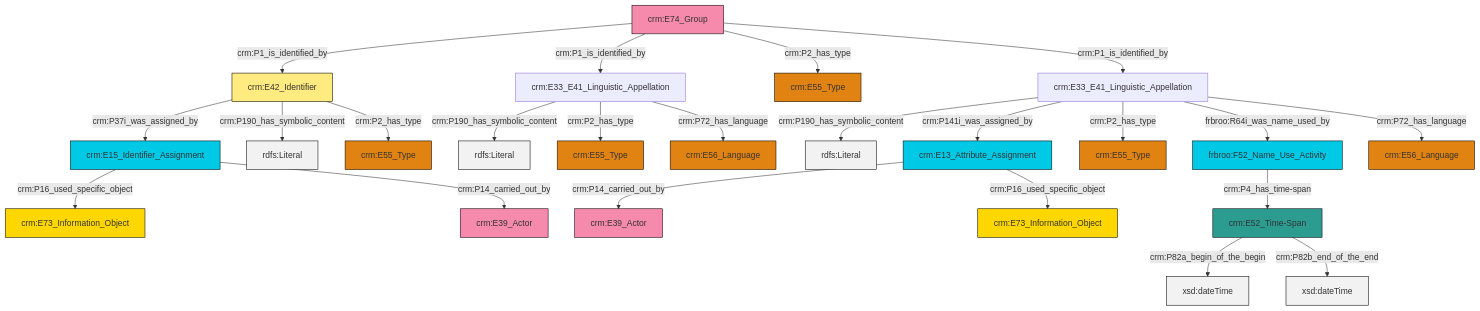
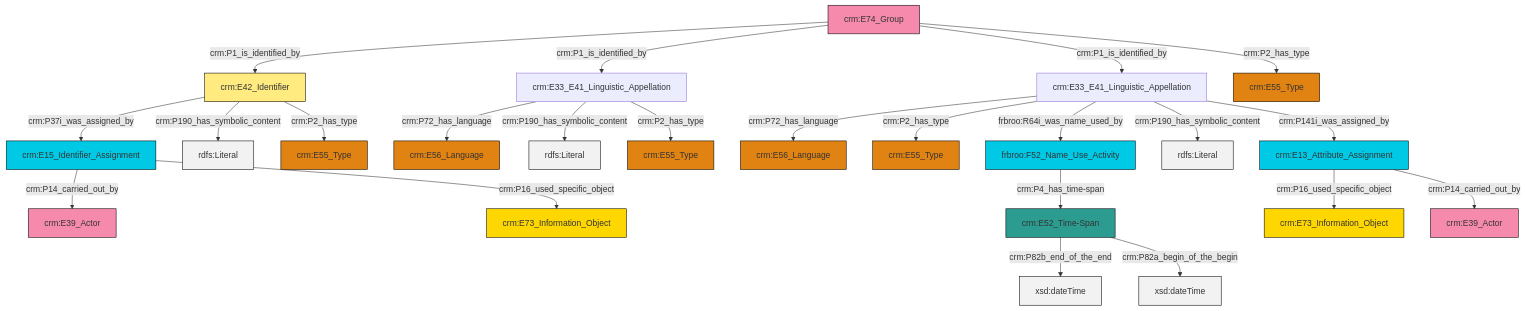
One commit to swiss-art-research-net/reference-data-models changed the diagram in et/groupCSV/ttl/mmd/group_name.ttl.mmd. Above: the diagram before and after it, drawn with Mermaid. The commit also changed 121 other files, not shown here.

```diff
--- a/et/groupCSV/ttl/mmd/group_name.ttl.mmd
+++ b/et/groupCSV/ttl/mmd/group_name.ttl.mmd
@@ -1,37 +1,37 @@
 graph TD
 classDef Literal fill:#f2f2f2,stroke:#000000;
 classDef CRM_Entity fill:#FFFFFF,stroke:#000000;
 classDef Temporal_Entity fill:#00C9E6, stroke:#000000;
 classDef Type fill:#E18312, stroke:#000000;
 classDef Time-Span fill:#2C9C91, stroke:#000000;
 classDef Appellation fill:#FFEB7F, stroke:#000000;
 classDef Place fill:#008836, stroke:#000000;
 classDef Persistent_Item fill:#B266B2, stroke:#000000;
 classDef Conceptual_Object fill:#FFD700, stroke:#000000;
 classDef Physical_Thing fill:#D2B48C, stroke:#000000;
 classDef Actor fill:#f58aad, stroke:#000000;
 classDef PC_Classes fill:#4ce600, stroke:#000000;
 classDef Multi fill:#cccccc,stroke:#000000;
 
+0["crm:E33_E41_Linguistic_Appellation"]:::Default -->|crm:P72_has_language| 1["crm:E56_Language"]:::Type
 2["crm:E74_Group"]:::Actor -->|crm:P1_is_identified_by| 3["crm:E42_Identifier"]:::Appellation
-3["crm:E42_Identifier"]:::Appellation -->|crm:P37i_was_assigned_by| 6["crm:E15_Identifier_Assignment"]:::Temporal_Entity
-7["crm:E33_E41_Linguistic_Appellation"]:::Default -->|crm:P190_has_symbolic_content| 8[rdfs:Literal]:::Literal
-2["crm:E74_Group"]:::Actor -->|crm:P1_is_identified_by| 11["crm:E33_E41_Linguistic_Appellation"]:::Default
-15["crm:E13_Attribute_Assignment"]:::Temporal_Entity -->|crm:P14_carried_out_by| 16["crm:E39_Actor"]:::Actor
-6["crm:E15_Identifier_Assignment"]:::Temporal_Entity -->|crm:P16_used_specific_object| 0["crm:E73_Information_Object"]:::Conceptual_Object
-15["crm:E13_Attribute_Assignment"]:::Temporal_Entity -->|crm:P16_used_specific_object| 17["crm:E73_Information_Object"]:::Conceptual_Object
-2["crm:E74_Group"]:::Actor -->|crm:P2_has_type| 18["crm:E55_Type"]:::Type
-13["frbroo:F52_Name_Use_Activity"]:::Temporal_Entity -->|crm:P4_has_time-span| 4["crm:E52_Time-Span"]:::Time-Span
-7["crm:E33_E41_Linguistic_Appellation"]:::Default -->|crm:P141i_was_assigned_by| 15["crm:E13_Attribute_Assignment"]:::Temporal_Entity
-3["crm:E42_Identifier"]:::Appellation -->|crm:P190_has_symbolic_content| 23[rdfs:Literal]:::Literal
-11["crm:E33_E41_Linguistic_Appellation"]:::Default -->|crm:P190_has_symbolic_content| 25[rdfs:Literal]:::Literal
-7["crm:E33_E41_Linguistic_Appellation"]:::Default -->|crm:P2_has_type| 19["crm:E55_Type"]:::Type
-4["crm:E52_Time-Span"]:::Time-Span -->|crm:P82a_begin_of_the_begin| 31[xsd:dateTime]:::Literal
-7["crm:E33_E41_Linguistic_Appellation"]:::Default -->|frbroo:R64i_was_name_used_by| 13["frbroo:F52_Name_Use_Activity"]:::Temporal_Entity
-11["crm:E33_E41_Linguistic_Appellation"]:::Default -->|crm:P2_has_type| 9["crm:E55_Type"]:::Type
-4["crm:E52_Time-Span"]:::Time-Span -->|crm:P82b_end_of_the_end| 36[xsd:dateTime]:::Literal
-7["crm:E33_E41_Linguistic_Appellation"]:::Default -->|crm:P72_has_language| 26["crm:E56_Language"]:::Type
-6["crm:E15_Identifier_Assignment"]:::Temporal_Entity -->|crm:P14_carried_out_by| 32["crm:E39_Actor"]:::Actor
-3["crm:E42_Identifier"]:::Appellation -->|crm:P2_has_type| 21["crm:E55_Type"]:::Type
-2["crm:E74_Group"]:::Actor -->|crm:P1_is_identified_by| 7["crm:E33_E41_Linguistic_Appellation"]:::Default
-11["crm:E33_E41_Linguistic_Appellation"]:::Default -->|crm:P72_has_language| 34["crm:E56_Language"]:::Type
+5["crm:E15_Identifier_Assignment"]:::Temporal_Entity -->|crm:P14_carried_out_by| 6["crm:E39_Actor"]:::Actor
+3["crm:E42_Identifier"]:::Appellation -->|crm:P37i_was_assigned_by| 5["crm:E15_Identifier_Assignment"]:::Temporal_Entity
+3["crm:E42_Identifier"]:::Appellation -->|crm:P190_has_symbolic_content| 7[rdfs:Literal]:::Literal
+0["crm:E33_E41_Linguistic_Appellation"]:::Default -->|crm:P190_has_symbolic_content| 11[rdfs:Literal]:::Literal
+12["crm:E52_Time-Span"]:::Time-Span -->|crm:P82b_end_of_the_end| 13[xsd:dateTime]:::Literal
+21["frbroo:F52_Name_Use_Activity"]:::Temporal_Entity -->|crm:P4_has_time-span| 12["crm:E52_Time-Span"]:::Time-Span
+12["crm:E52_Time-Span"]:::Time-Span -->|crm:P82a_begin_of_the_begin| 22[xsd:dateTime]:::Literal
+2["crm:E74_Group"]:::Actor -->|crm:P1_is_identified_by| 0["crm:E33_E41_Linguistic_Appellation"]:::Default
+2["crm:E74_Group"]:::Actor -->|crm:P1_is_identified_by| 27["crm:E33_E41_Linguistic_Appellation"]:::Default
+16["crm:E13_Attribute_Assignment"]:::Temporal_Entity -->|crm:P16_used_specific_object| 9["crm:E73_Information_Object"]:::Conceptual_Object
+3["crm:E42_Identifier"]:::Appellation -->|crm:P2_has_type| 25["crm:E55_Type"]:::Type
+2["crm:E74_Group"]:::Actor -->|crm:P2_has_type| 28["crm:E55_Type"]:::Type
+5["crm:E15_Identifier_Assignment"]:::Temporal_Entity -->|crm:P16_used_specific_object| 29["crm:E73_Information_Object"]:::Conceptual_Object
+27["crm:E33_E41_Linguistic_Appellation"]:::Default -->|crm:P72_has_language| 23["crm:E56_Language"]:::Type
+27["crm:E33_E41_Linguistic_Appellation"]:::Default -->|crm:P2_has_type| 30["crm:E55_Type"]:::Type
+27["crm:E33_E41_Linguistic_Appellation"]:::Default -->|frbroo:R64i_was_name_used_by| 21["frbroo:F52_Name_Use_Activity"]:::Temporal_Entity
+27["crm:E33_E41_Linguistic_Appellation"]:::Default -->|crm:P190_has_symbolic_content| 34[rdfs:Literal]:::Literal
+27["crm:E33_E41_Linguistic_Appellation"]:::Default -->|crm:P141i_was_assigned_by| 16["crm:E13_Attribute_Assignment"]:::Temporal_Entity
+0["crm:E33_E41_Linguistic_Appellation"]:::Default -->|crm:P2_has_type| 14["crm:E55_Type"]:::Type
+16["crm:E13_Attribute_Assignment"]:::Temporal_Entity -->|crm:P14_carried_out_by| 35["crm:E39_Actor"]:::Actor
```
